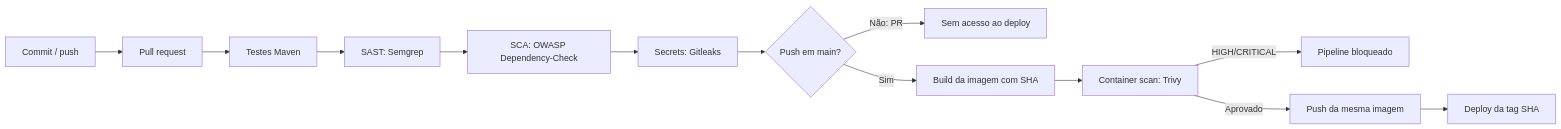
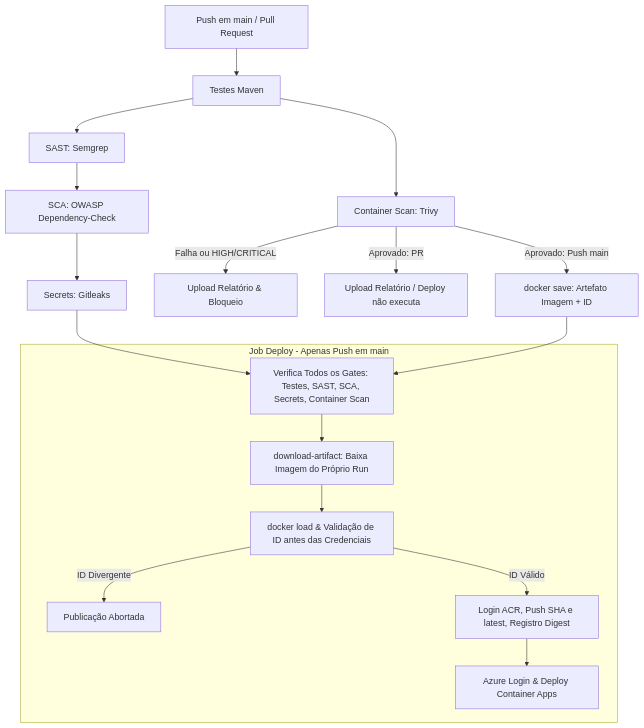
Before and after one commit to CarSync-ford/carsync-back: the second of 2 diagrams in docs/security/sec-2026/01-pipeline/REPORT.md, drawn with Mermaid. The commit also changed other lines of this file and 3 other files, not shown here.

First line of the commit message:
ci(sec-pipeline): validate containers on pull requests

````diff
--- a/docs/security/sec-2026/01-pipeline/REPORT.md
+++ b/docs/security/sec-2026/01-pipeline/REPORT.md
@@ -19,15 +19,23 @@
 ```mermaid
-flowchart LR
-    A[Commit / push] --> B[Pull request]
-    B --> C[Testes Maven]
-    C --> D[SAST: Semgrep]
-    D --> E[SCA: OWASP Dependency-Check]
-    E --> F[Secrets: Gitleaks]
-    F --> G{Push em main?}
-    G -- Não: PR --> H[Sem acesso ao deploy]
-    G -- Sim --> I[Build da imagem com SHA]
-    I --> J[Container scan: Trivy]
-    J -- HIGH/CRITICAL --> K[Pipeline bloqueado]
-    J -- Aprovado --> L[Push da mesma imagem]
-    L --> M[Deploy da tag SHA]
+flowchart TD
+    A[Push em main / Pull Request] --> B[Testes Maven]
+    B --> C[SAST: Semgrep]
+    C --> D[SCA: OWASP Dependency-Check]
+    D --> E[Secrets: Gitleaks]
+    B --> F[Container Scan: Trivy]
+    F -- Falha ou HIGH/CRITICAL --> G[Upload Relatório & Bloqueio]
+    F -- Aprovado: PR --> H[Upload Relatório / Deploy não executa]
+    F -- Aprovado: Push main --> I[docker save: Artefato Imagem + ID]
+
+    subgraph Deploy [Job Deploy - Apenas Push em main]
+      J[Verifica Todos os Gates: Testes, SAST, SCA, Secrets, Container Scan]
+      J --> K[download-artifact: Baixa Imagem do Próprio Run]
+      K --> L[docker load & Validação de ID antes das Credenciais]
+      L -- ID Divergente --> M[Publicação Abortada]
+      L -- ID Válido --> N[Login ACR, Push SHA e latest, Registro Digest]
+      N --> O[Azure Login & Deploy Container Apps]
+    end
+
+    E --> J
+    I --> J
 ```
````
